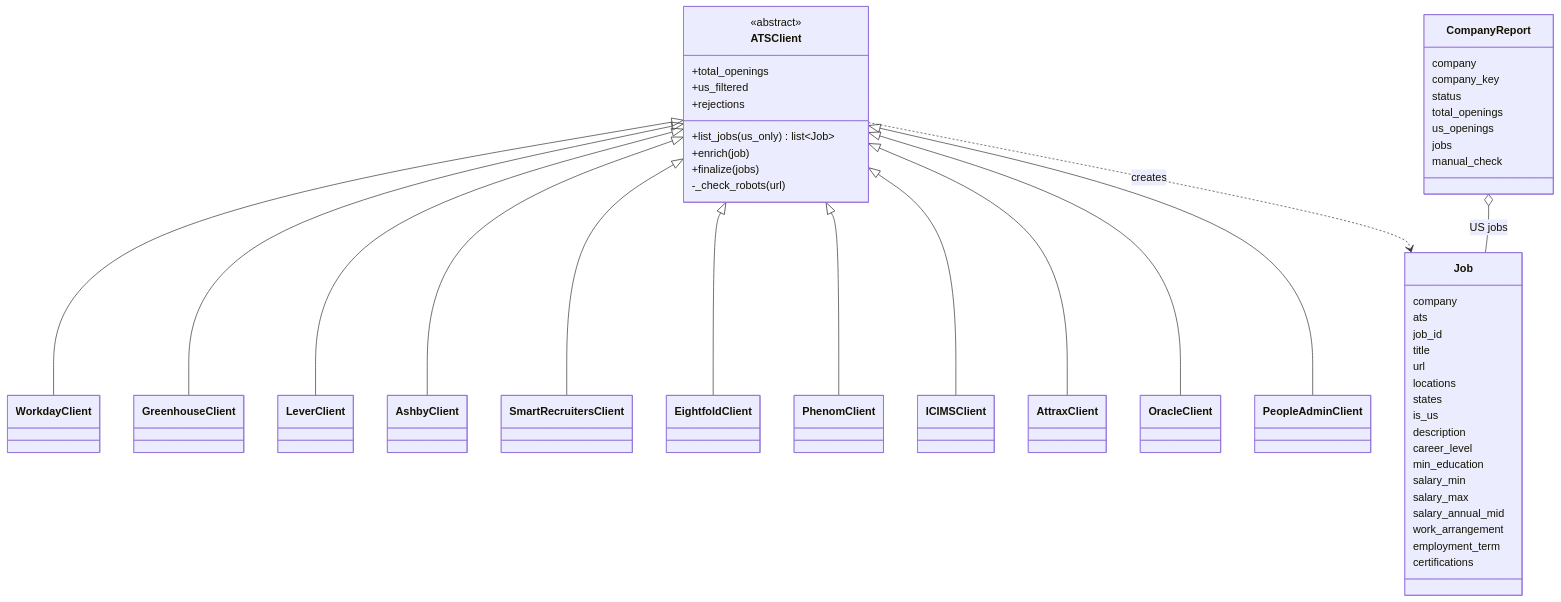
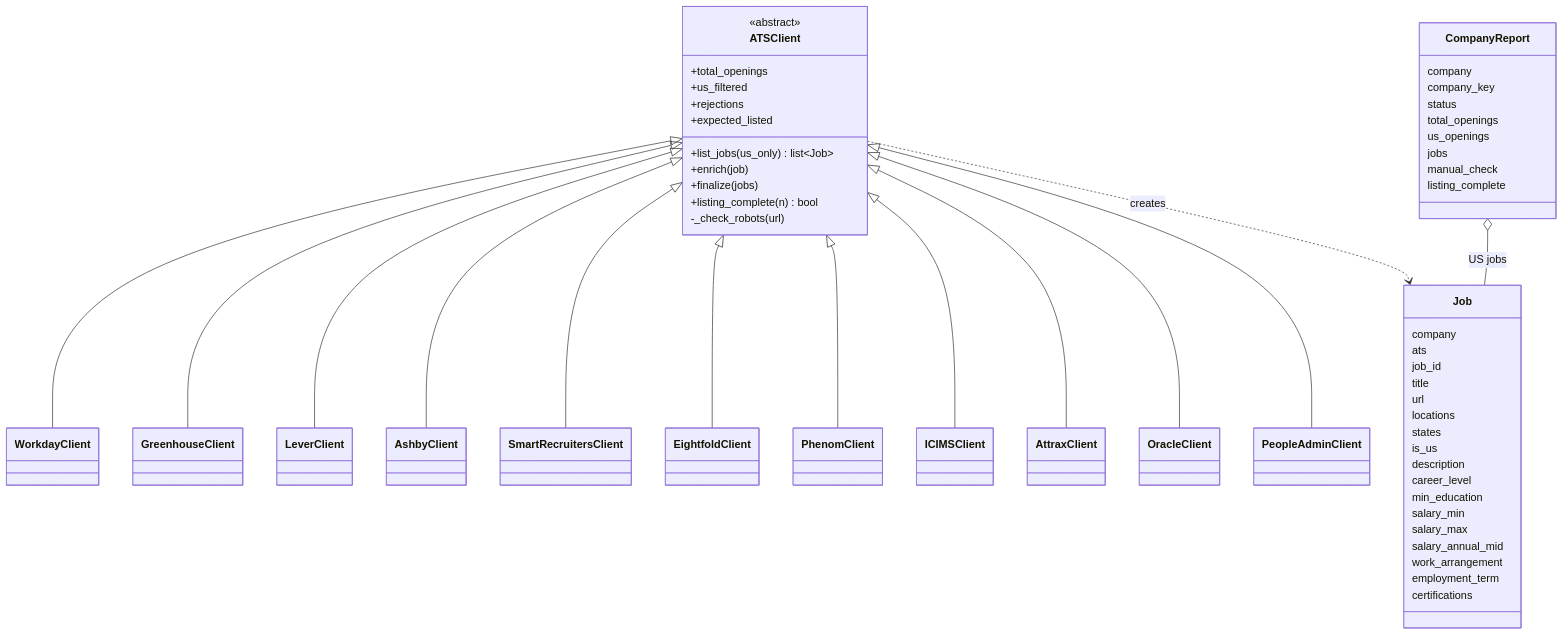
One commit to gonzalou77/career-sifter changed the fifth of 7 diagrams in ARCHITECTURE.md. Above: the diagram before and after it, drawn with Mermaid. The commit also changed other lines of this file and 13 other files, not shown here.

````diff
--- a/ARCHITECTURE.md
+++ b/ARCHITECTURE.md
@@ -190,57 +190,60 @@
 ```mermaid
 classDiagram
     direction TB
 
     class ATSClient {
         <<abstract>>
         +total_openings
         +us_filtered
         +rejections
+        +expected_listed
         +list_jobs(us_only) list~Job~
         +enrich(job)
         +finalize(jobs)
+        +listing_complete(n) bool
         -_check_robots(url)
     }
     class Job {
         company
         ats
         job_id
         title
         url
         locations
         states
         is_us
         description
         career_level
         min_education
         salary_min
         salary_max
         salary_annual_mid
         work_arrangement
         employment_term
         certifications
     }
     class CompanyReport {
         company
         company_key
         status
         total_openings
         us_openings
         jobs
         manual_check
+        listing_complete
     }
 
     ATSClient <|-- WorkdayClient
     ATSClient <|-- GreenhouseClient
     ATSClient <|-- LeverClient
     ATSClient <|-- AshbyClient
     ATSClient <|-- SmartRecruitersClient
     ATSClient <|-- EightfoldClient
     ATSClient <|-- PhenomClient
     ATSClient <|-- ICIMSClient
     ATSClient <|-- AttraxClient
     ATSClient <|-- OracleClient
     ATSClient <|-- PeopleAdminClient
     ATSClient ..> Job : creates
     CompanyReport o-- Job : US jobs
 ```
````
